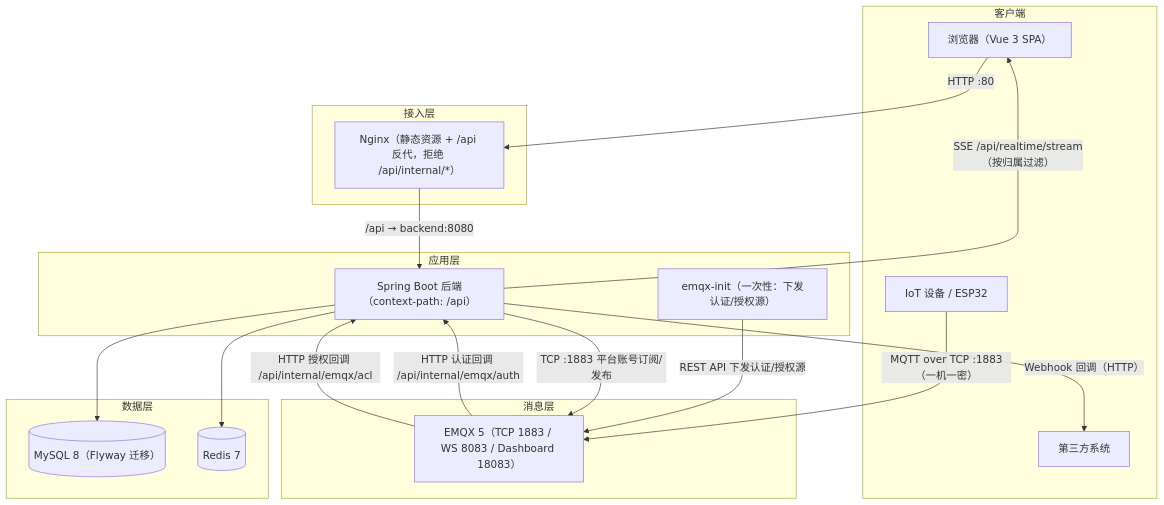
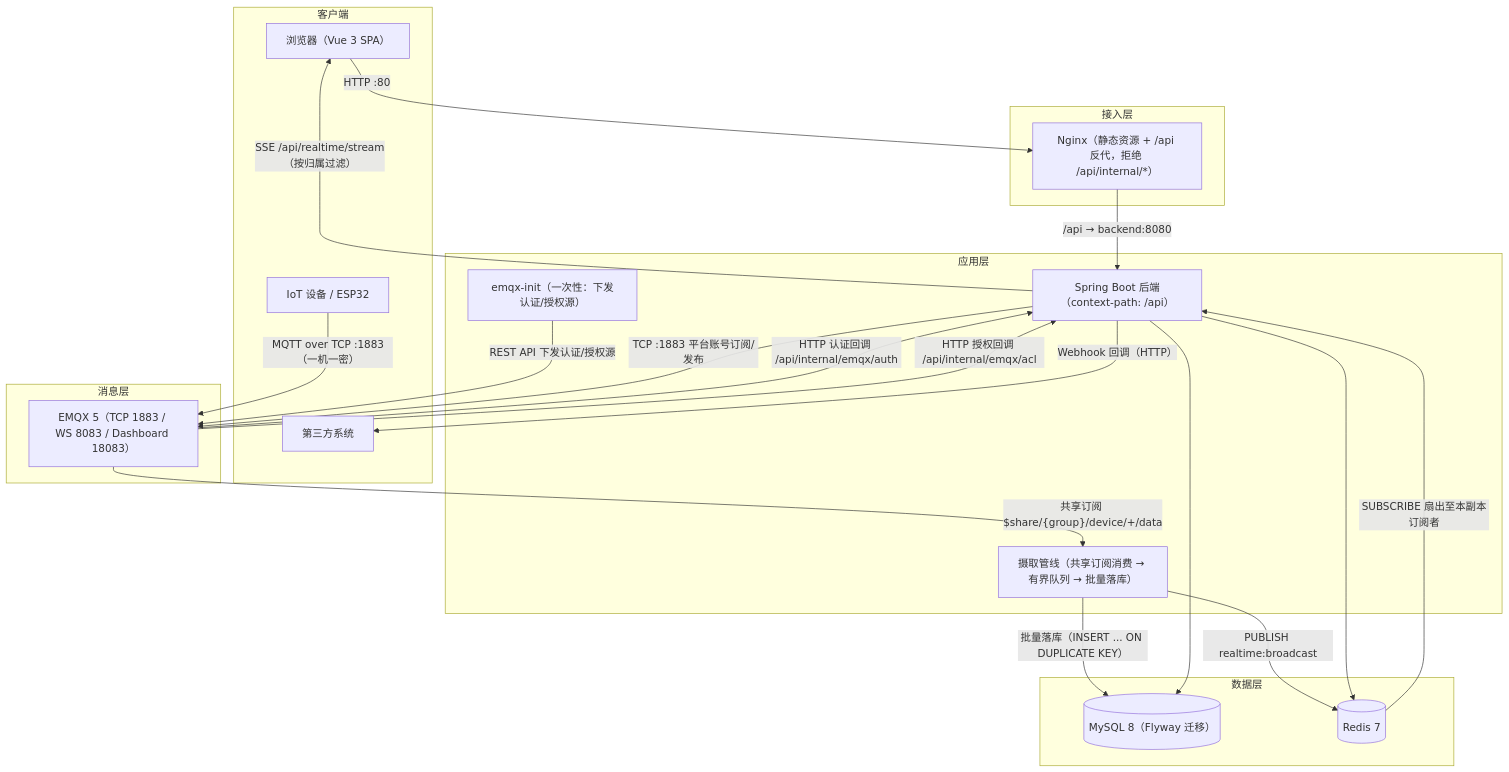
Before and after one commit to esdkaiyuan/mqtt: the diagram in docs/ARCHITECTURE.md, drawn with Mermaid. The commit also changed other lines of this file and 3 other files, not shown here.

````diff
--- a/docs/ARCHITECTURE.md
+++ b/docs/ARCHITECTURE.md
@@ -23,40 +23,45 @@
 ```mermaid
 flowchart TB
     subgraph Client["客户端"]
         Browser["浏览器（Vue 3 SPA）"]
         Device["IoT 设备 / ESP32"]
         Third["第三方系统"]
     end
 
     subgraph Edge["接入层"]
         Nginx["Nginx（静态资源 + /api 反代，拒绝 /api/internal/*）"]
     end
 
     subgraph App["应用层"]
         Backend["Spring Boot 后端（context-path: /api）"]
+        Ingest["摄取管线（共享订阅消费 → 有界队列 → 批量落库）"]
         Init["emqx-init（一次性：下发认证/授权源）"]
     end
 
     subgraph Broker["消息层"]
         EMQX["EMQX 5（TCP 1883 / WS 8083 / Dashboard 18083）"]
     end
 
     subgraph Data["数据层"]
         MySQL[("MySQL 8（Flyway 迁移）")]
         Redis[("Redis 7")]
     end
 
     Browser -->|"HTTP :80"| Nginx
     Nginx -->|"/api → backend:8080"| Backend
     Device -->|"MQTT over TCP :1883（一机一密）"| EMQX
 
     EMQX -->|"HTTP 认证回调 /api/internal/emqx/auth"| Backend
     EMQX -->|"HTTP 授权回调 /api/internal/emqx/acl"| Backend
     Init -->|"REST API 下发认证/授权源"| EMQX
 
     Backend -->|"TCP :1883 平台账号订阅/发布"| EMQX
+    EMQX -->|"共享订阅 $share/{group}/device/+/data"| Ingest
+    Ingest -->|"批量落库（INSERT ... ON DUPLICATE KEY）"| MySQL
+    Ingest -->|"PUBLISH realtime:broadcast"| Redis
+    Redis -->|"SUBSCRIBE 扇出至本副本订阅者"| Backend
     Backend -->|"SSE /api/realtime/stream（按归属过滤）"| Browser
     Backend --> MySQL
     Backend --> Redis
     Backend -->|"Webhook 回调（HTTP）"| Third
 ```
````
